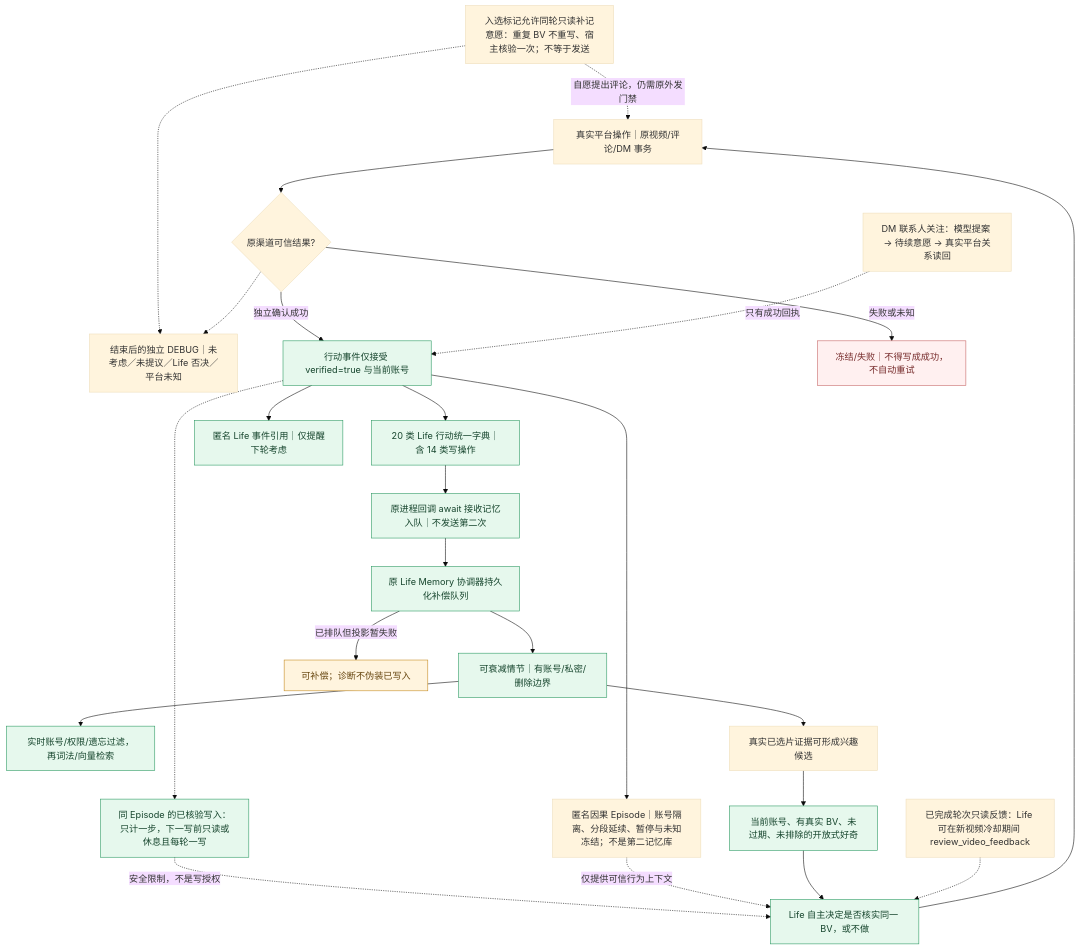
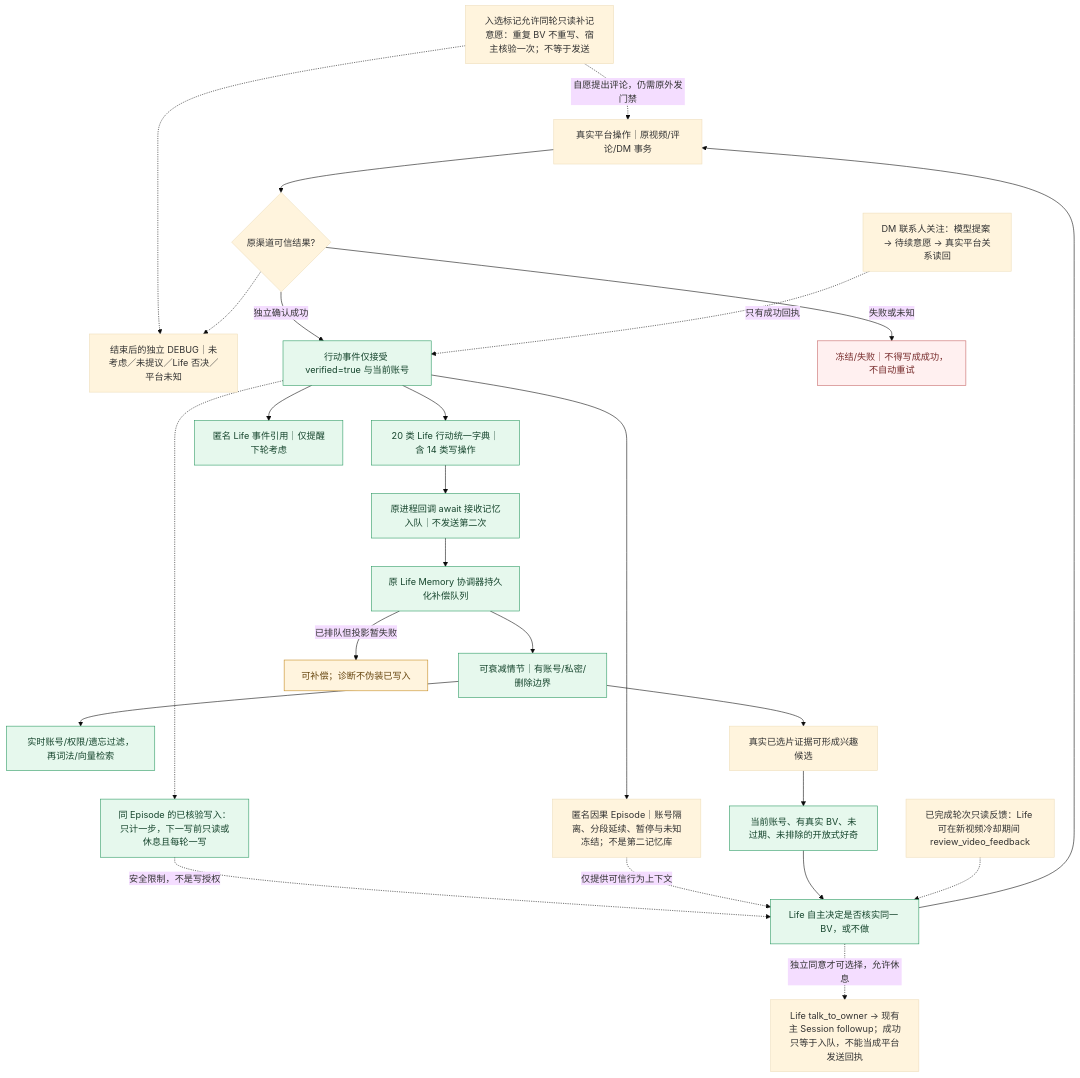
Before and after one commit to minedalang/dsh-dafeiyu-life: the diagram in docs/architecture/diagrams/life-receipt-memory-current.mmd, drawn with Mermaid (base theme). The commit also changed 21 other files, not shown here.

First line of the commit message:
feat(life): 让 Life 自主考虑联系主人并接入原主 Session

```diff
--- a/docs/architecture/diagrams/life-receipt-memory-current.mmd
+++ b/docs/architecture/diagrams/life-receipt-memory-current.mmd
@@ -1,75 +1,80 @@
 %% 同版本 Life 补链维护：模型/菜单不是平台成功证据
 %% @code source | lib/life-video-action-bridge.mjs | createLifeVideoActionBridge
 %% @code commentReview | vendor/bilibili-mcp/mcp_server.py | async def bili_comment_consideration
 %% @code commentOutcome | lib/video-comment-readiness.mjs | classifyVideoCommentRound
 %% @code catalog | lib/life-action-memory.mjs | LIFE_ACTION_NAMES
 %% @code verified | lib/life-action-memory.mjs | export function verifiedLifeActionEvent
 %% @code wake | lib/life-agent-events.mjs | VERIFIED_COMPLETION_KINDS
 %% @code outbox | lib/life-memory-coordinator.mjs | createLifeMemoryCoordinator
 %% @code episode | lib/life-memory-gateway.mjs | function asEpisode
 %% @code recall | lib/life-memory-gateway.mjs | function recall
 %% @code growth | lib/life-interests.mjs | recordInterestEvents
 %% @code curiosity | lib/life-interests.mjs | scopedCuriosityOpportunityEvidence
 %% @code planner | lib/autonomous-planner.mjs | export function plannerActionMenu
 %% @code bridge | index.js | const rememberVerifiedLifeAction
 %% @code unknown | lib/life-continuation-write.mjs | status:'uncertain'
 flowchart TB
   source["真实平台操作｜原视频/评论/DM 事务"]
   universalCausal["匿名因果 Episode｜账号隔离、分段延续、暂停与未知冻结；不是第二记忆库"]
   postWrite["同 Episode 的已核验写入：只计一步，下一写前只读或休息且每轮一写"]
   commentReview["入选标记允许同轮只读补记意愿：重复 BV 不重写、宿主核验一次；不等于发送"]
   commentOutcome["结束后的独立 DEBUG｜未考虑／未提议／Life 否决／平台未知"]
   receipt{"原渠道可信结果?"}
   verified["行动事件仅接受 verified=true 与当前账号"]
   unknown["冻结/失败｜不得写成成功，不自动重试"]
   catalog["20 类 Life 行动统一字典｜含 14 类写操作"]
   wake["匿名 Life 事件引用｜仅提醒下轮考虑"]
   bridge["原进程回调 await 接收记忆入队｜不发送第二次"]
   outbox["原 Life Memory 协调器持久化补偿队列"]
   episode["可衰减情节｜有账号/私密/删除边界"]
   pending["可补偿；诊断不伪装已写入"]
   recall["实时账号/权限/遗忘过滤，再词法/向量检索"]
   growth["真实已选片证据可形成兴趣候选"]
   curiosity["当前账号、有真实 BV、未过期、未排除的开放式好奇"]
   planner["Life 自主决定是否核实同一 BV，或不做"]
   videoFeedback["已完成轮次只读反馈：Life 可在新视频冷却期间 review_video_feedback"]
   commentReview -.->|自愿提出评论，仍需原外发门禁| source
   commentReview -.-> commentOutcome
   source --> receipt
   verified -.-> postWrite -.->|安全限制，不是写授权| planner
   receipt -.-> commentOutcome
   receipt -->|独立确认成功| verified
   receipt -->|失败或未知| unknown
   verified --> catalog
   verified --> universalCausal
   verified --> wake
   catalog --> bridge
   bridge --> outbox
   outbox --> episode
   outbox -->|已排队但投影暂失败| pending
   episode --> recall
   universalCausal -.->|仅提供可信行为上下文| planner
   episode --> growth
   growth --> curiosity
   curiosity --> planner
   videoFeedback -.-> planner
   planner --> source
+  ownerFollowup["Life talk_to_owner → 现有主 Session followup；成功只等于入队，不能当成平台发送回执"]
+  planner -.->|独立同意才可选择，允许休息| ownerFollowup
   classDef green fill:#e6f8ed,stroke:#2a9961,color:#16452d
   classDef yellow fill:#fff4de,stroke:#c48a20,color:#65440d
   classDef red fill:#fff0f0,stroke:#c66565,color:#762b2b
   class verified,catalog,wake,bridge,outbox,episode,recall,curiosity,planner,postWrite green
   class pending yellow
   class unknown red
 
 %% @code postWrite | lib/life-opportunities.mjs | entry.writeAftercare='read-or-rest'
 
 %% @code universalCausal | lib/life-universal-episodes.mjs | export function createUniversalLifeEpisodes
 
 %% @code commentReview | vendor/bilibili-mcp/mcp_server.py | async def bili_ledger_mark
 
 %% @code videoFeedback | lib/autonomous-planner.mjs | action:'review_video_feedback'
 
 %% dev.38 真实平台关系读回后才入 Life Episode，原可衰减记忆可按动作类别描述。
 dmFollowReceipt["DM 联系人关注：模型提案 → 待续意愿 → 真实平台关系读回"]
 dmFollowReceipt -.->|只有成功回执| verified
 %% @code dmFollowReceipt | index.js | receiptId:'bili-relation-follow:'
+
+%% dev.42: host followup != independently confirmed platform delivery.
+%% @code ownerFollowup | lib/main-session-bridge.mjs | const initiateOwnerChat=
```
